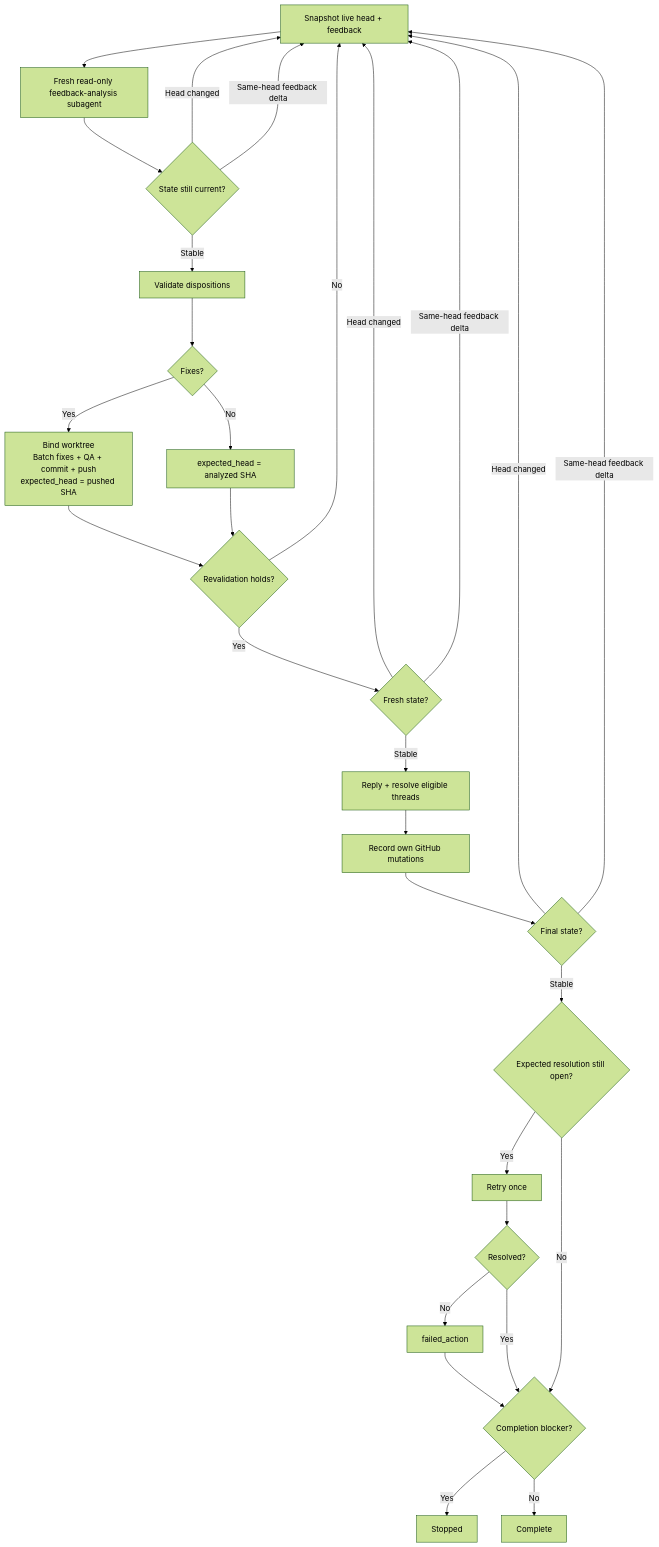
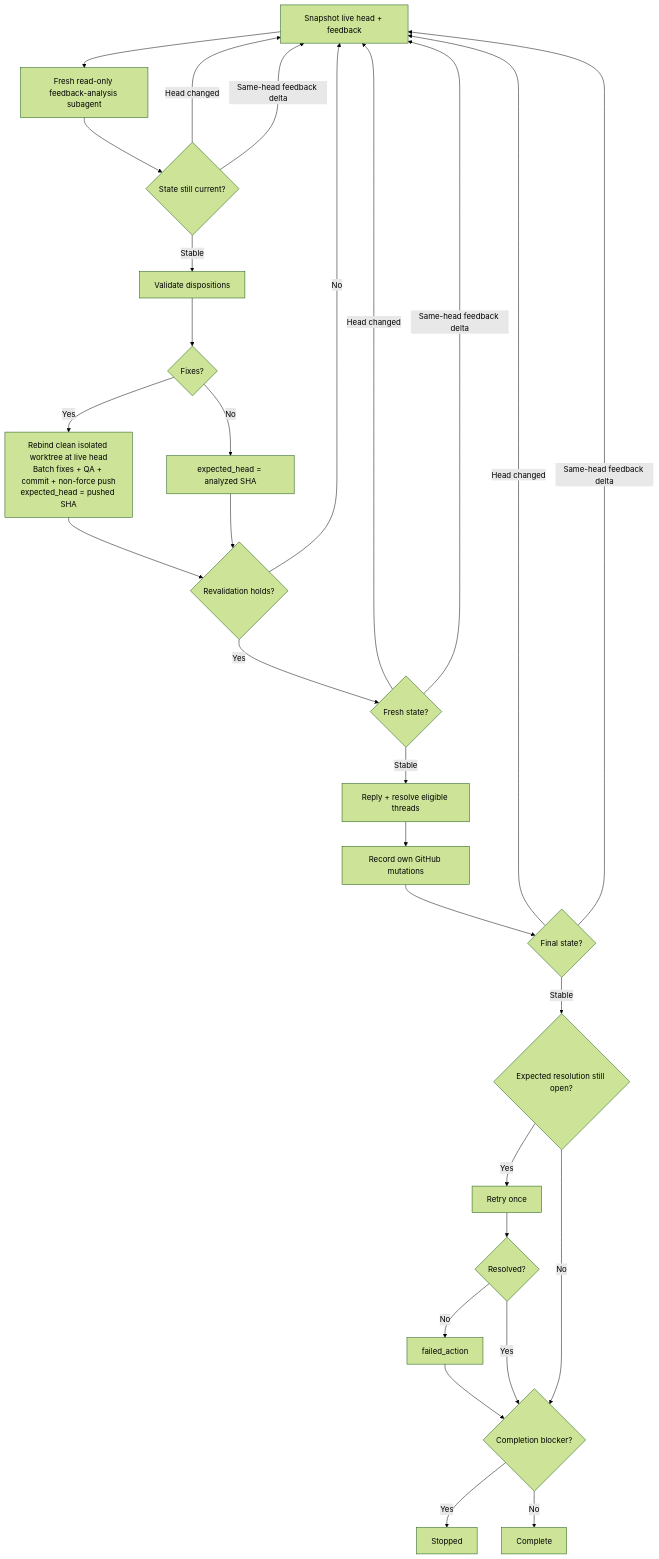
The diagram in skills/pr-feedback-triage/SKILL.md (dceoy/ai-coding-agent-skills), drawn with Mermaid (forest theme) before and after one commit. The commit also changed other lines of this file, not shown here.

Commit message:
Isolate feedback fixes from unrelated work

````diff
--- a/skills/pr-feedback-triage/SKILL.md
+++ b/skills/pr-feedback-triage/SKILL.md
@@ -36,31 +37,31 @@
 ```mermaid
 flowchart TD
   A[Snapshot live head + feedback] --> B[Fresh read-only feedback-analysis subagent]
   B --> C{State still current?}
   C -->|Head changed| A
   C -->|Same-head feedback delta| A
   C -->|Stable| D[Validate dispositions]
   D --> E{Fixes?}
-  E -->|Yes| F[Bind worktree<br/>Batch fixes + QA + commit + push<br/>expected_head = pushed SHA]
+  E -->|Yes| F[Rebind clean isolated worktree at live head<br/>Batch fixes + QA + commit + non-force push<br/>expected_head = pushed SHA]
   E -->|No| G[expected_head = analyzed SHA]
   F --> H{Revalidation holds?}
   G --> H
   H -->|No| A
   H -->|Yes| I{Fresh state?}
   I -->|Head changed| A
   I -->|Same-head feedback delta| A
   I -->|Stable| J[Reply + resolve eligible threads]
   J --> K[Record own GitHub mutations]
   K --> L{Final state?}
   L -->|Head changed| A
   L -->|Same-head feedback delta| A
   L -->|Stable| M{Expected resolution still open?}
   M -->|Yes| N[Retry once]
   N --> O{Resolved?}
   O -->|No| P[failed_action]
   O -->|Yes| Q{Completion blocker?}
   M -->|No| Q
   P --> Q
   Q -->|Yes| R[Stopped]
   Q -->|No| S[Complete]
 ```
````
